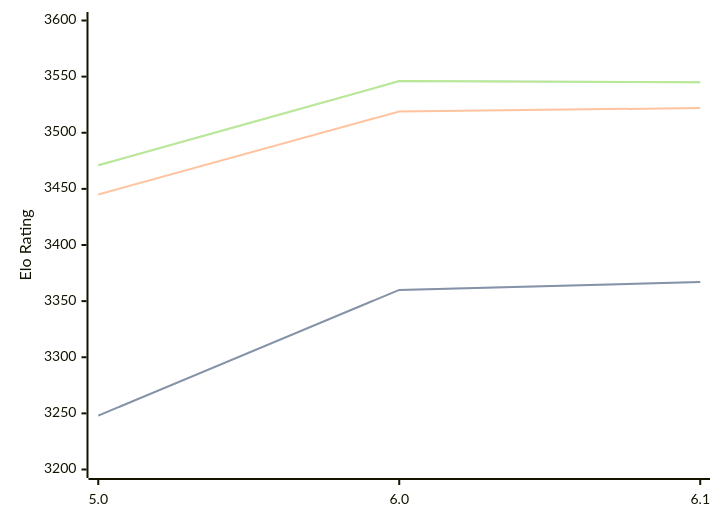
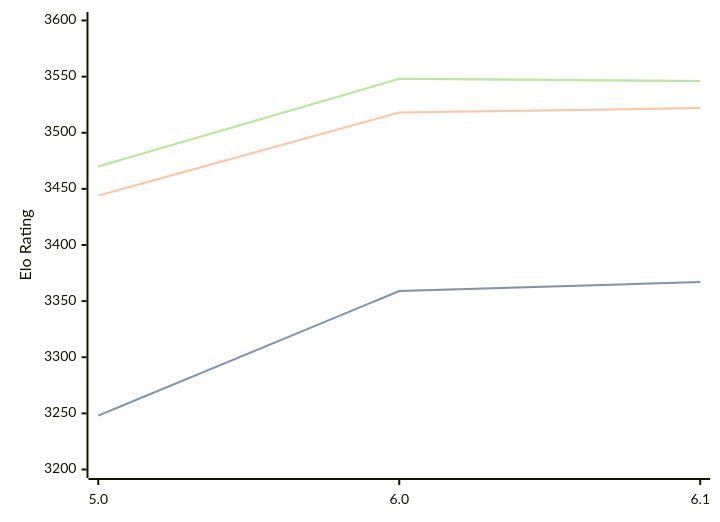
Before and after one commit to computer-chess-index/cci: the diagram in engines/Starzix.md, drawn with Mermaid. The commit also changed other lines of this file, not shown here.

Commit message:
Update CCI Ratings (ELO VLTC) - 2026-03-12

````diff
--- a/engines/Starzix.md
+++ b/engines/Starzix.md
@@ -35,11 +35,11 @@
 ```mermaid
 %%{init: {"theme":"base","themeVariables":{"seriesColors:['#a3a3a3','#222221','#faa371']}}}%%
 xychart-beta
   x-axis ["5.0", "6.0", "6.1"]
   y-axis "Elo Rating" 3200 --> 3600
-  line "STC (8.0+0.08s)" [3248, 3360, 3367]
-  line "STC (8.0+0.08s)" [3248, 3360, 3367]
-  line "LTC (60.0+0.60s)" [3445, 3519, 3522]
-  line "VLTC (2m24s+1.12s)" [3471, 3546, 3545]
-  line "VLTC (2m24s+1.12s)" [3471, 3546, 3545]
+  line "STC (8.0+0.08s)" [3248, 3359, 3367]
+  line "STC (8.0+0.08s)" [3248, 3359, 3367]
+  line "LTC (60.0+0.60s)" [3444, 3518, 3522]
+  line "VLTC (2m24s+1.12s)" [3470, 3548, 3546]
+  line "VLTC (2m24s+1.12s)" [3470, 3548, 3546]
 ```
````
